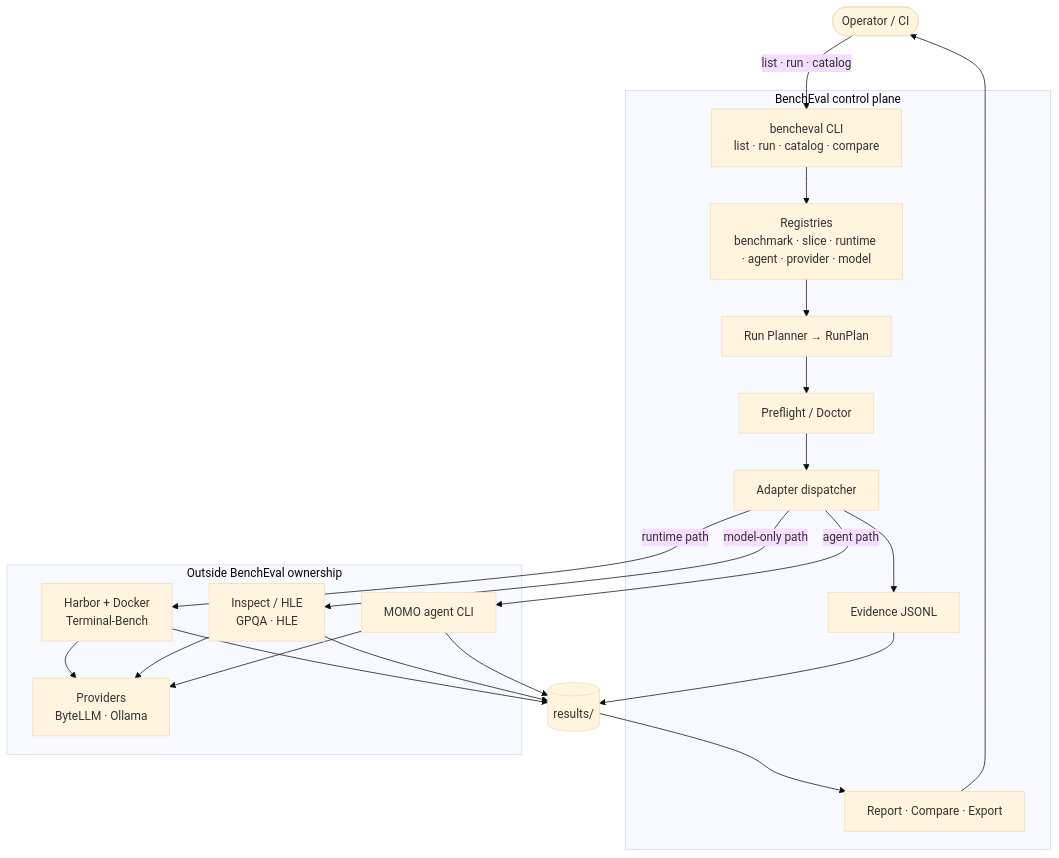
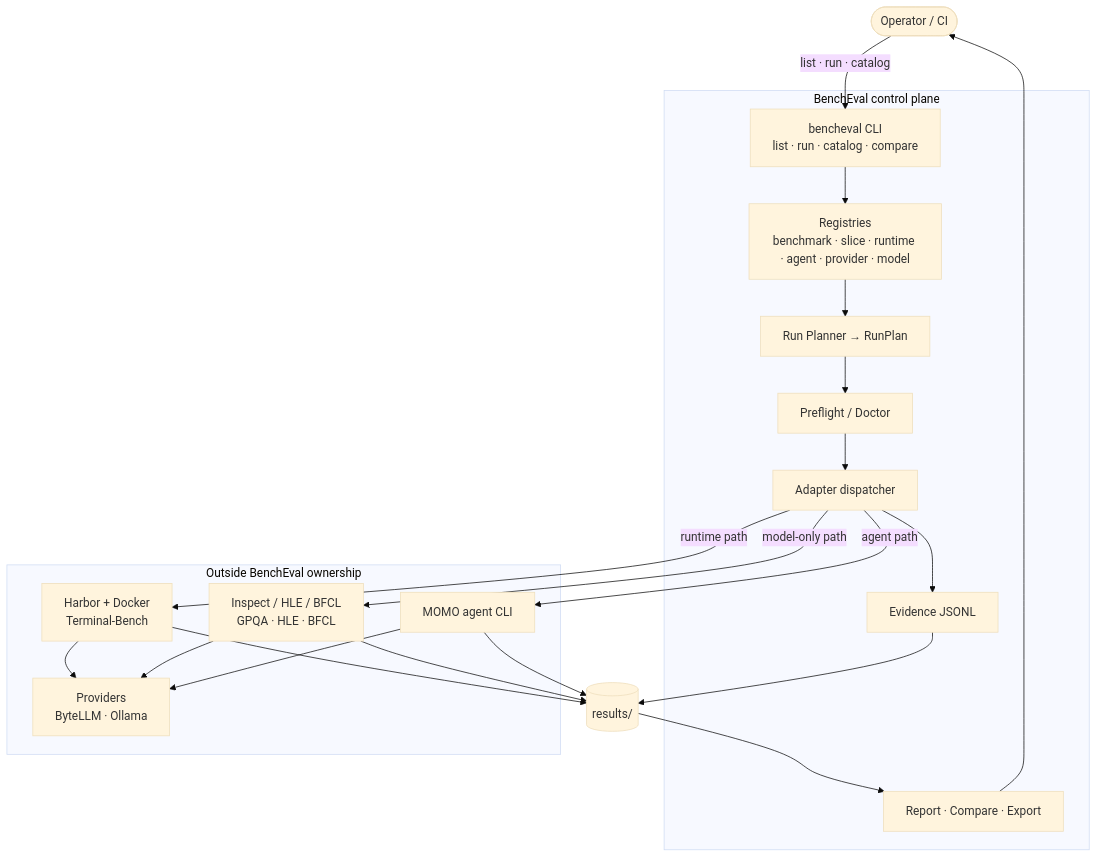
The diagram in docs/diagrams/system-overview.md (Lyther/BenchEval), drawn with Mermaid (base theme) before and after one commit. The commit also changed other lines of this file and 30 other files, not shown here.

````diff
--- a/docs/diagrams/system-overview.md
+++ b/docs/diagrams/system-overview.md
@@ -5,42 +5,42 @@
 ```mermaid
 flowchart TB
     Op([Operator / CI])
 
     subgraph BE["BenchEval control plane"]
         CLI["bencheval CLI<br/>list · run · catalog · compare"]
         Reg["Registries<br/>benchmark · slice · runtime · agent · provider · model"]
         Plan["Run Planner → RunPlan"]
         Doc["Preflight / Doctor"]
         Disp["Adapter dispatcher"]
         Ev["Evidence JSONL"]
         Out["Report · Compare · Export"]
     end
 
     subgraph Ext["Outside BenchEval ownership"]
         Harbor["Harbor + Docker<br/>Terminal-Bench"]
-        Inspect["Inspect / HLE<br/>GPQA · HLE"]
+        Inspect["Inspect / HLE / BFCL<br/>GPQA · HLE · BFCL"]
         MOMO["MOMO agent CLI"]
         LLM["Providers<br/>ByteLLM · Ollama"]
     end
 
     Art[(results/)]
 
     Op -->|list · run · catalog| CLI
     CLI --> Reg
     Reg --> Plan
     Plan --> Doc
     Doc --> Disp
     Disp -->|runtime path| Harbor
     Disp -->|model-only path| Inspect
     Disp -->|agent path| MOMO
     Harbor --> LLM
     Inspect --> LLM
     MOMO --> LLM
     Harbor --> Art
     Inspect --> Art
     MOMO --> Art
     Disp --> Ev
     Ev --> Art
     Art --> Out
     Out --> Op
 ```
````
